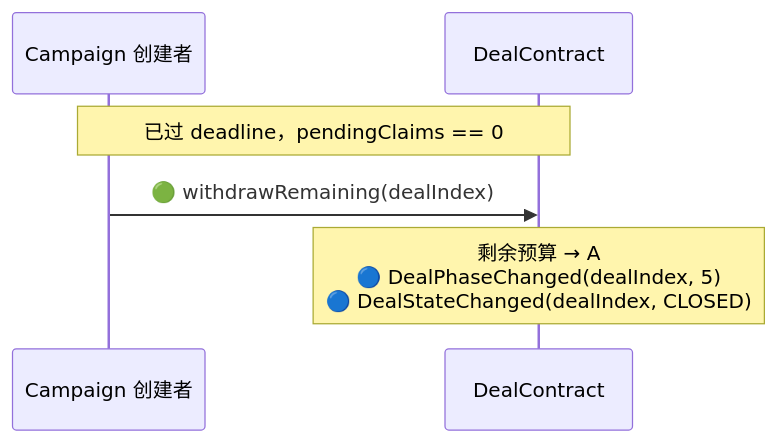
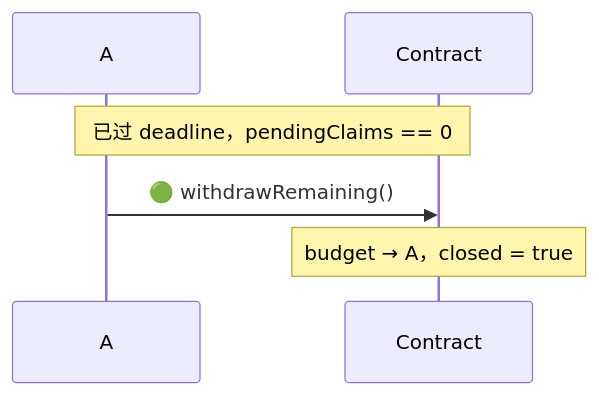
Before and after one commit to synctxai/synctx: the fourth of 5 diagrams in examples/x-follow/x-follow-design-zh.md, drawn with Mermaid. The commit also changed other lines of this file and 1 other file, not shown here.

First line of the commit message:
docs(x-follow): contract IS the campaign, each claim IS a dealIndex

````diff
--- a/examples/x-follow/x-follow-design-zh.md
+++ b/examples/x-follow/x-follow-design-zh.md
@@ -297,9 +315,9 @@
 ```mermaid
 sequenceDiagram
-    participant A as Campaign 创建者
-    participant D as DealContract
+    participant A as A
+    participant C as Contract
 
-    Note over A,D: 已过 deadline，pendingClaims == 0
-    A->>D: 🟢 withdrawRemaining(dealIndex)
-    Note over D: 剩余预算 → A<br/>🔵 DealPhaseChanged(dealIndex, 5)<br/>🔵 DealStateChanged(dealIndex, CLOSED)
+    Note over A,C: 已过 deadline，pendingClaims == 0
+    A->>C: 🟢 withdrawRemaining()
+    Note over C: budget → A，closed = true
 ```
````
